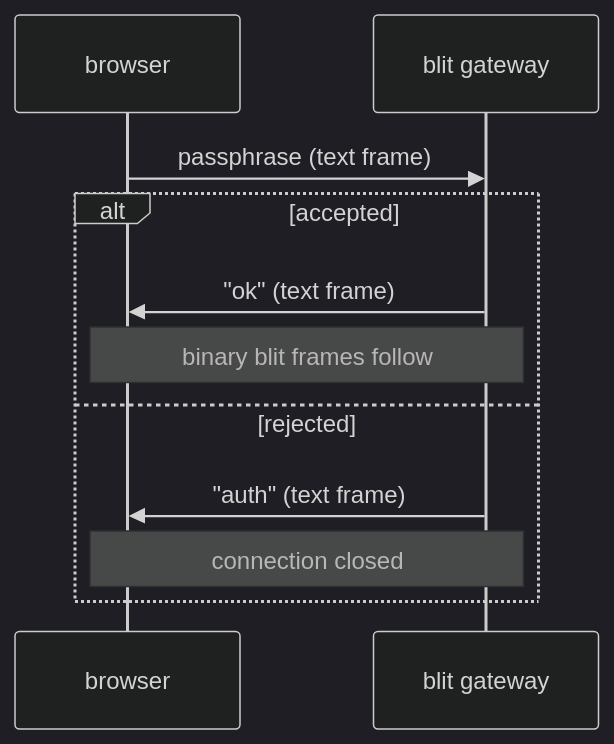
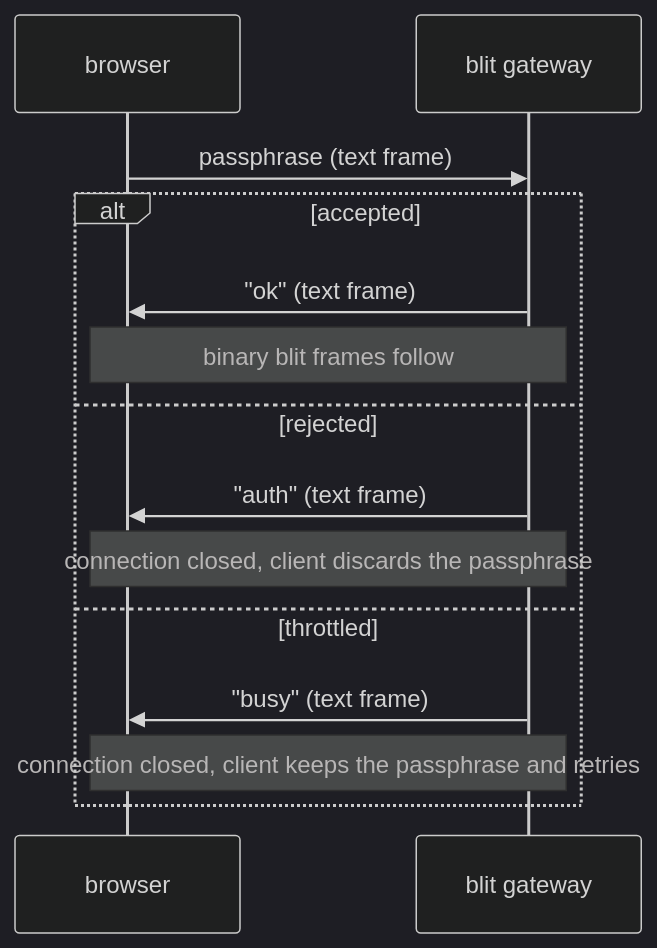
Before and after one commit to indent-com/blit: the first of 9 diagrams in docs/transports.md, drawn with Mermaid (dark theme). The commit also changed other lines of this file and 13 other files, not shown here.

````diff
--- a/docs/transports.md
+++ b/docs/transports.md
@@ -85,14 +85,17 @@
 ```mermaid
 sequenceDiagram
     participant B as browser
     participant G as blit gateway
 
     B->>G: passphrase (text frame)
     alt accepted
         G->>B: "ok" (text frame)
         note over B,G: binary blit frames follow
     else rejected
         G->>B: "auth" (text frame)
-        note over B,G: connection closed
+        note over B,G: connection closed, client discards the passphrase
+    else throttled
+        G->>B: "busy" (text frame)
+        note over B,G: connection closed, client keeps the passphrase and retries
     end
 ```
````
